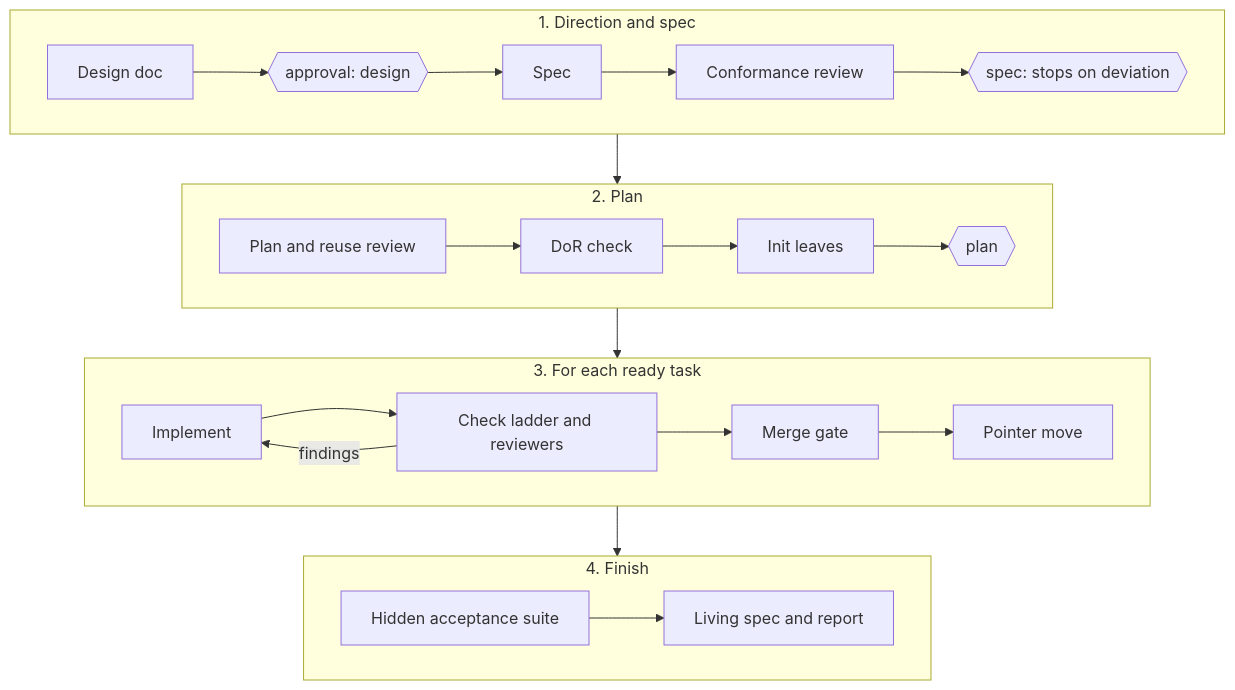
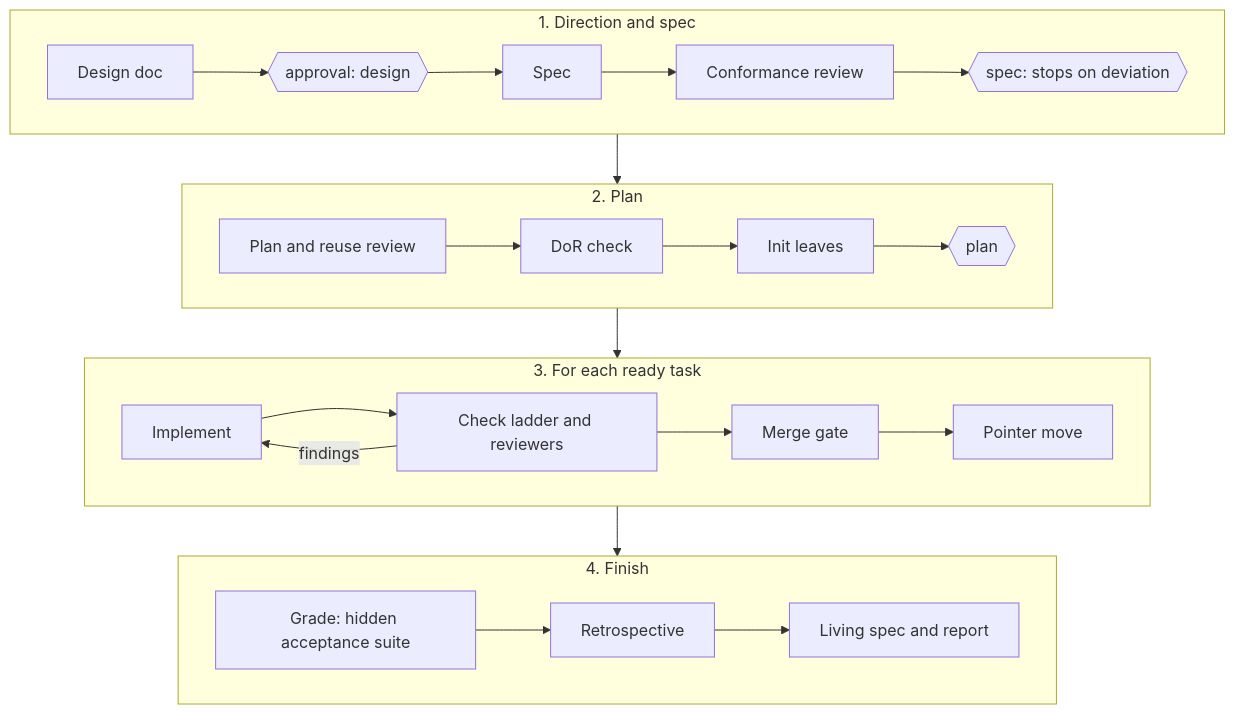
The diagram in docs/assets/diagrams/software-graph.mmd (ouroboric-dev/yggdrasil), drawn with Mermaid before and after one commit. The commit also changed 9 other files, not shown here.

```diff
--- a/docs/assets/diagrams/software-graph.mmd
+++ b/docs/assets/diagrams/software-graph.mmd
@@ -1,22 +1,22 @@
 flowchart TB
   subgraph DIRS["1. Direction and spec"]
     direction LR
     D[Design doc] --> GD{{approval: design}} --> S[Spec] --> CR[Conformance review] --> GS{{spec: stops on deviation}}
   end
   subgraph PLAN["2. Plan"]
     direction LR
     P[Plan and reuse review] --> DOR[DoR check] --> I[Init leaves] --> GP{{plan}}
   end
   subgraph LOOP["3. For each ready task"]
     direction LR
     IM[Implement] --> LAD[Check ladder and reviewers]
     LAD -- "findings" --> IM
     LAD --> MG[Merge gate] --> PM[Pointer move]
   end
   subgraph FIN["4. Finish"]
     direction LR
-    H[Hidden acceptance suite] --> R[Living spec and report]
+    H[Grade: hidden acceptance suite] --> RT[Retrospective] --> R[Living spec and report]
   end
   DIRS --> PLAN --> LOOP --> FIN
   class GD gate
   class GS cond
```
